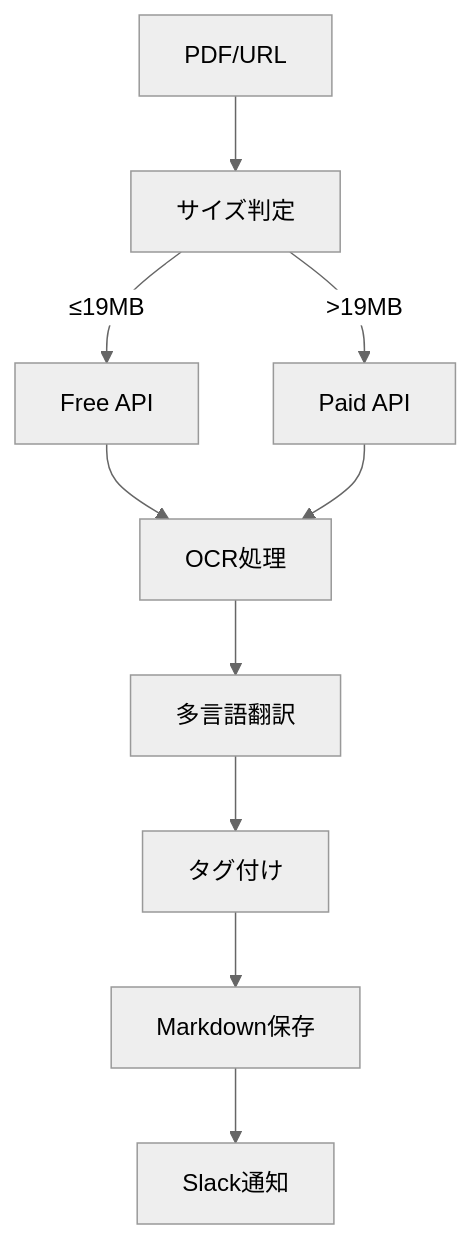
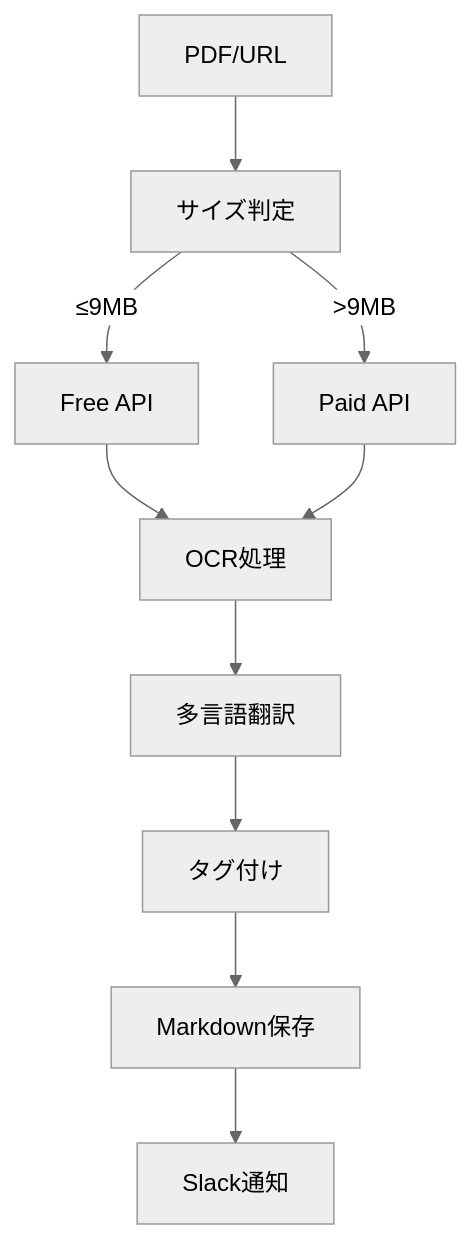
Before and after one commit to Aki2022/obsidian_pdf_clipper: the diagram in README_ja.md, drawn with Mermaid (neutral theme). The commit also changed other lines of this file and 1 other file, not shown here.

````diff
--- a/README_ja.md
+++ b/README_ja.md
@@ -21,12 +21,12 @@
 ```mermaid
 graph TD
     A[PDF/URL] --> B[サイズ判定]
-    B -->|≤19MB| C[Free API]
-    B -->|>19MB| D[Paid API]
+    B -->|≤9MB| C[Free API]
+    B -->|>9MB| D[Paid API]
     C --> E[OCR処理]
     D --> E
     E --> F[多言語翻訳]
     F --> G[タグ付け]
     G --> H[Markdown保存]
     H --> I[Slack通知]
 ```
````
